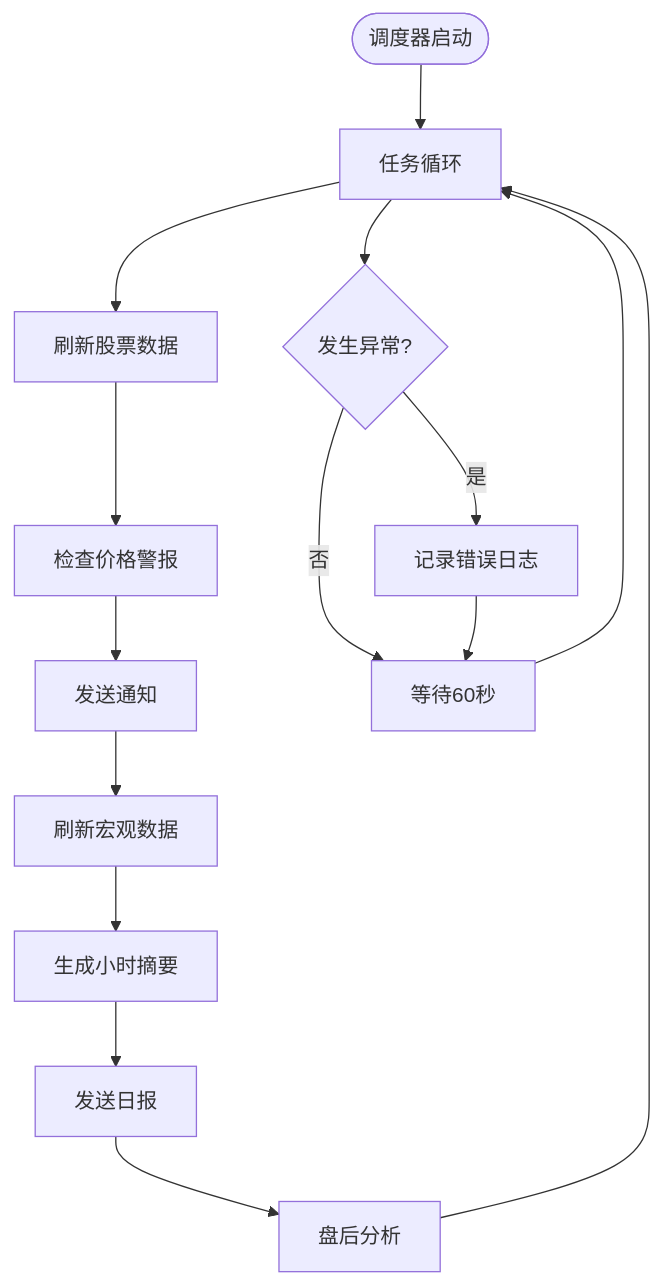
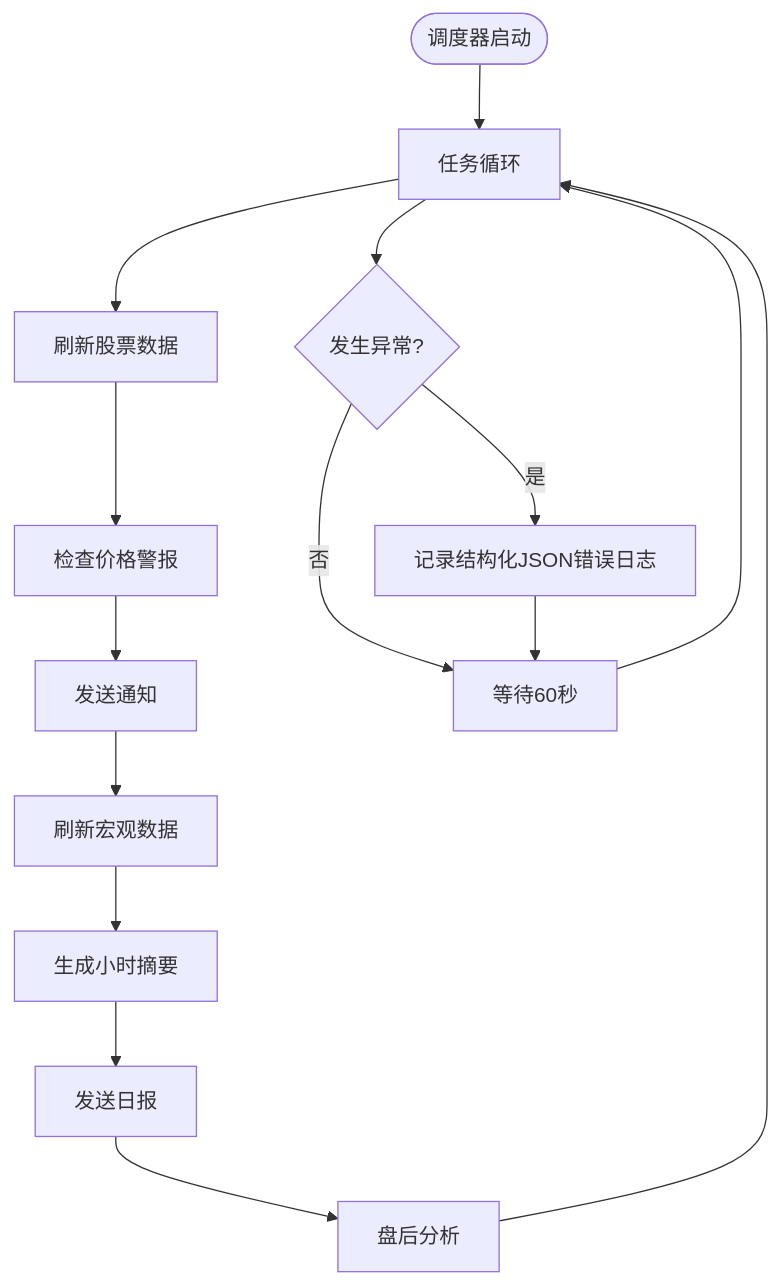
Before and after one commit to breeze-lyf/ai-stock-advisor: the eighth of 10 diagrams in .qoder/repowiki/zh/content/Debug Logging Enhancement.md, drawn with Mermaid. The commit also changed other lines of this file and 43 other files, not shown here.

````diff
--- a/.qoder/repowiki/zh/content/Debug Logging Enhancement.md
+++ b/.qoder/repowiki/zh/content/Debug Logging Enhancement.md
@@ -300,17 +352,17 @@
 ```mermaid
 flowchart TD
 Start([调度器启动]) --> TaskLoop[任务循环]
 TaskLoop --> RefreshStocks[刷新股票数据]
 RefreshStocks --> CheckAlerts[检查价格警报]
 CheckAlerts --> SendNotifications[发送通知]
 SendNotifications --> RefreshMacro[刷新宏观数据]
 RefreshMacro --> HourlySummary[生成小时摘要]
 HourlySummary --> DailyReport[发送日报]
 DailyReport --> PostMarketAnalysis[盘后分析]
 PostMarketAnalysis --> TaskLoop
 TaskLoop --> ErrorHandling{发生异常?}
-ErrorHandling --> |是| LogError[记录错误日志]
+ErrorHandling --> |是| LogError[记录结构化JSON错误日志]
 ErrorHandling --> |否| Sleep[等待60秒]
 LogError --> Sleep
 Sleep --> TaskLoop
 ```
````
